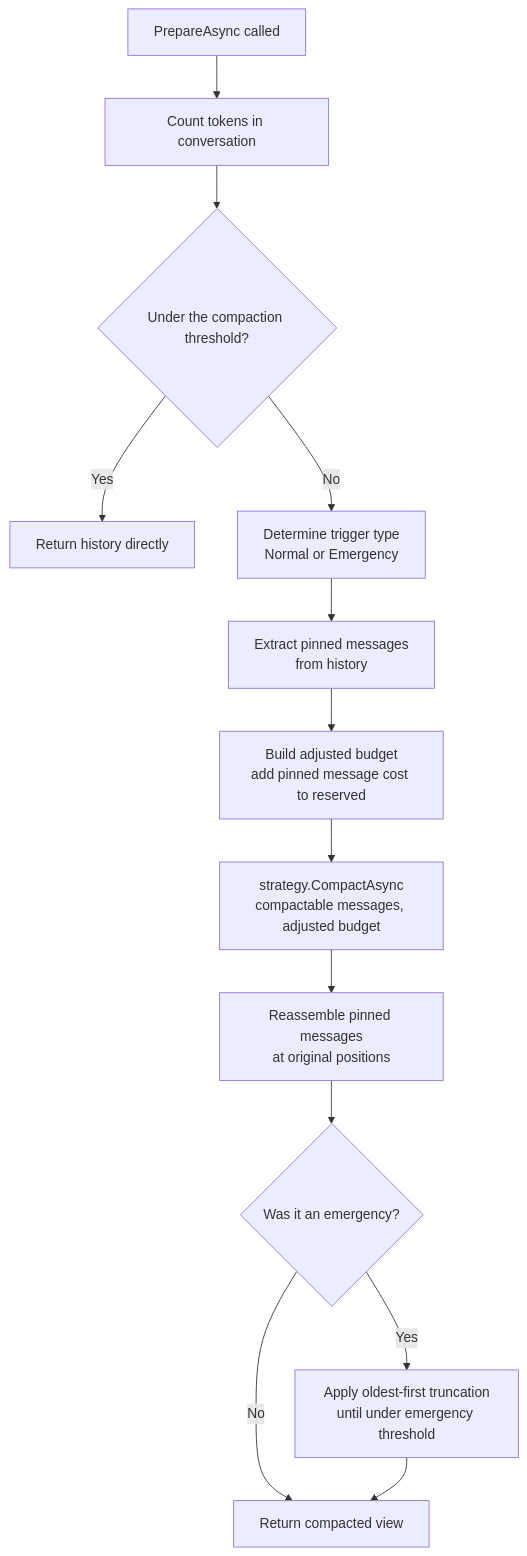
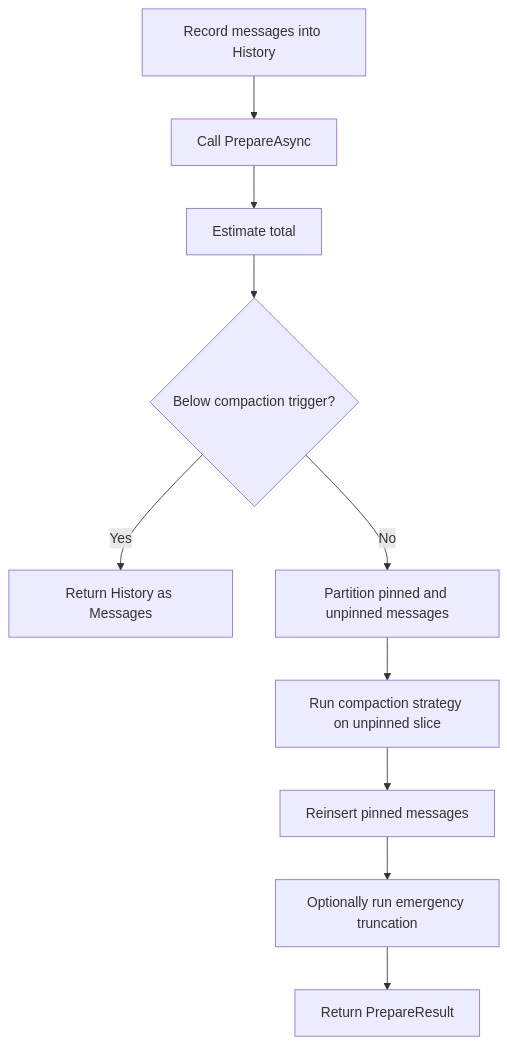
One commit to svetstoykov/TokenGuard changed the diagram in docs/deep-dive/context-management.md. Above: the diagram before and after it, drawn with Mermaid. The commit also changed other lines of this file and 1 other file, not shown here.

````diff
--- a/docs/deep-dive/context-management.md
+++ b/docs/deep-dive/context-management.md
@@ -96,15 +40,12 @@
 ```mermaid
 flowchart TD
-    A[PrepareAsync called] --> B[Count tokens in conversation]
-    B --> C{Under the compaction threshold?}
-    C -- Yes --> D[Return history directly]
-    C -- No --> E[Determine trigger type\nNormal or Emergency]
-    E --> F[Extract pinned messages\nfrom history]
-    F --> G[Build adjusted budget\nadd pinned message cost to reserved]
-    G --> H[strategy.CompactAsync\ncompactable messages, adjusted budget]
-    H --> I[Reassemble pinned messages\nat original positions]
-    I --> J{Was it an emergency?}
-    J -- No --> K[Return compacted view]
-    J -- Yes --> L[Apply oldest-first truncation\nuntil under emergency threshold]
-    L --> K
+    A[Record messages into History] --> B[Call PrepareAsync]
+    B --> C[Estimate total]
+    C --> D{Below compaction trigger?}
+    D -- Yes --> E[Return History as Messages]
+    D -- No --> F[Partition pinned and unpinned messages]
+    F --> G[Run compaction strategy on unpinned slice]
+    G --> H[Reinsert pinned messages]
+    H --> I[Optionally run emergency truncation]
+    I --> J[Return PrepareResult]
 ```
````
